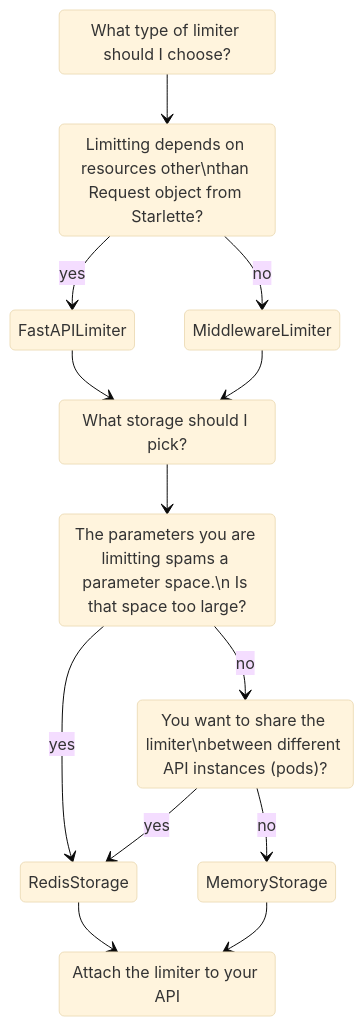
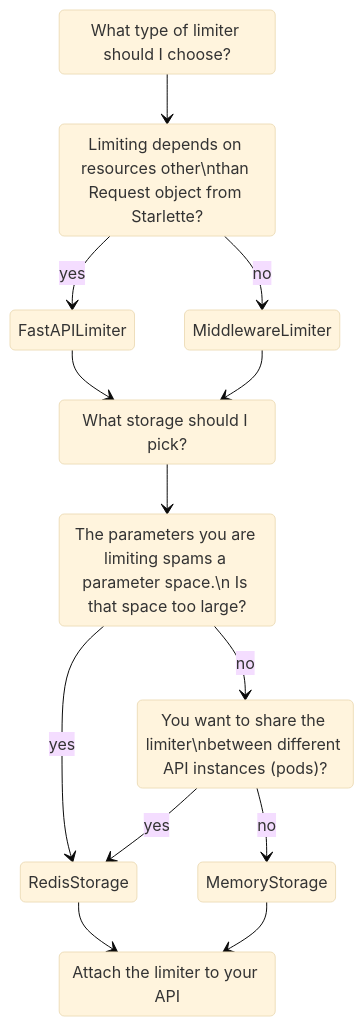
The diagram in README.md (santunioni/ThrottledAPI), drawn with Mermaid (base theme) before and after one commit. The commit also changed other lines of this file and 1 other file, not shown here.

````diff
--- a/README.md
+++ b/README.md
@@ -114,28 +118,28 @@
 ```mermaid
 stateDiagram-v2
     state FirstCondition <<choice>>
     state SecondCondition <<choice>>
     
     FirstQuestion: What type of limiter should I choose?
     FirstQuestion --> FirstCondition
     
-    FirstCondition: Limitting depends on resources other\nthan Request object from Starlette?
+    FirstCondition: Limiting depends on resources other\nthan Request object from Starlette?
     FirstCondition --> FastAPILimiter: yes
     FirstCondition --> MiddlewareLimiter : no
     FastAPILimiter --> SecondQuestion
     MiddlewareLimiter --> SecondQuestion
     
     SecondQuestion: What storage should I pick?
     SecondQuestion --> SecondCondition
-    SecondCondition: The parameters you are limitting spams a parameter space.\n Is that space too large?
+    SecondCondition: The parameters you are limiting spams a parameter space.\n Is that space too large?
     SecondCondition --> RedisStorage : yes
     SecondCondition --> ThirdCondition : no
     
     ThirdCondition: You want to share the limiter\nbetween different API instances (pods)?
     ThirdCondition --> RedisStorage : yes
     ThirdCondition --> MemoryStorage : no
     
     RedisStorage --> End
     MemoryStorage --> End
     End: Attach the limiter to your API     
 ```
````
